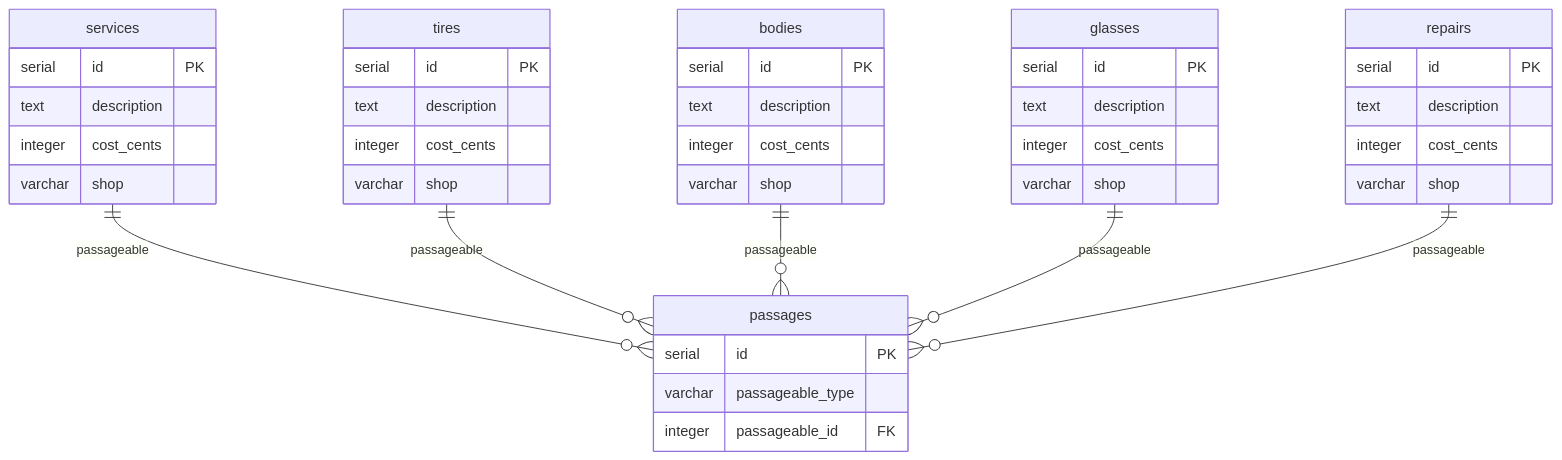
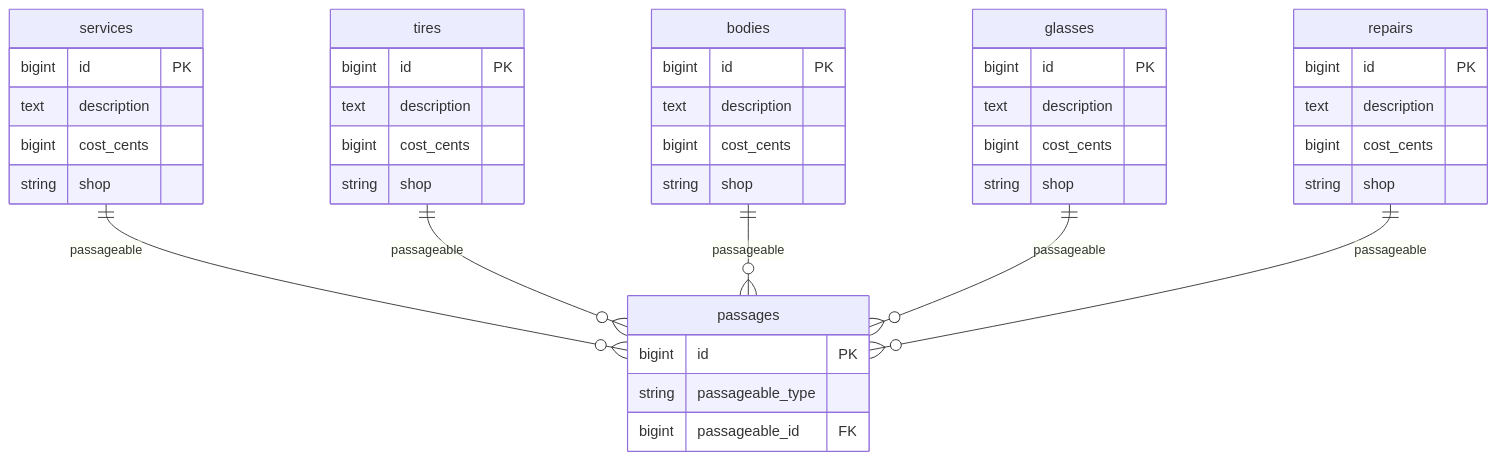
The sixth of 7 diagrams in .specs/schema.md (fcatuhe/crooz), drawn with Mermaid before and after one commit. The commit also changed other lines of this file, not shown here.

Commit message:
Use Ruby types (bigint, string, text, etc.)

````diff
--- a/.specs/schema.md
+++ b/.specs/schema.md
@@ -320,49 +320,49 @@
 ```mermaid
 erDiagram
     passages {
-        serial id PK
-        varchar passageable_type
-        integer passageable_id FK
+        bigint id PK
+        string passageable_type
+        bigint passageable_id FK
     }
 
     services {
-        serial id PK
+        bigint id PK
         text description
-        integer cost_cents
-        varchar shop
+        bigint cost_cents
+        string shop
     }
 
     tires {
-        serial id PK
+        bigint id PK
         text description
-        integer cost_cents
-        varchar shop
+        bigint cost_cents
+        string shop
     }
 
     bodies {
-        serial id PK
+        bigint id PK
         text description
-        integer cost_cents
-        varchar shop
+        bigint cost_cents
+        string shop
     }
 
     glasses {
-        serial id PK
+        bigint id PK
         text description
-        integer cost_cents
-        varchar shop
+        bigint cost_cents
+        string shop
     }
 
     repairs {
-        serial id PK
+        bigint id PK
         text description
-        integer cost_cents
-        varchar shop
+        bigint cost_cents
+        string shop
     }
 
     services ||--o{ passages : "passageable"
     tires ||--o{ passages : "passageable"
     bodies ||--o{ passages : "passageable"
     glasses ||--o{ passages : "passageable"
     repairs ||--o{ passages : "passageable"
 ```
````
